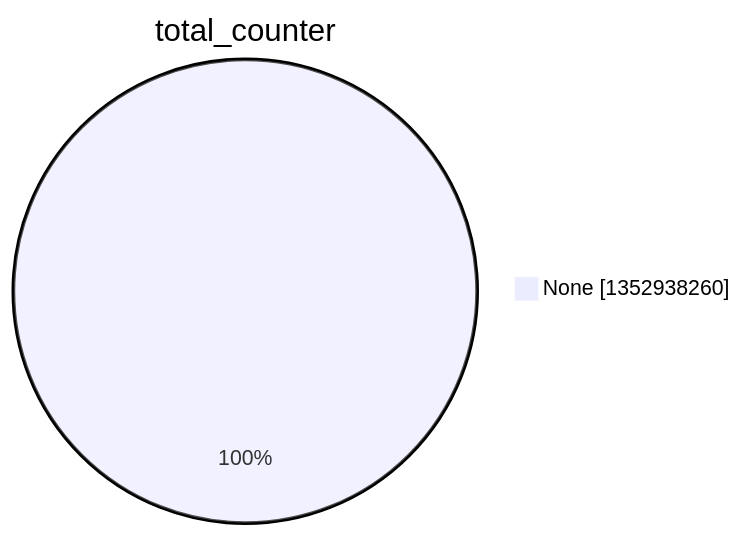
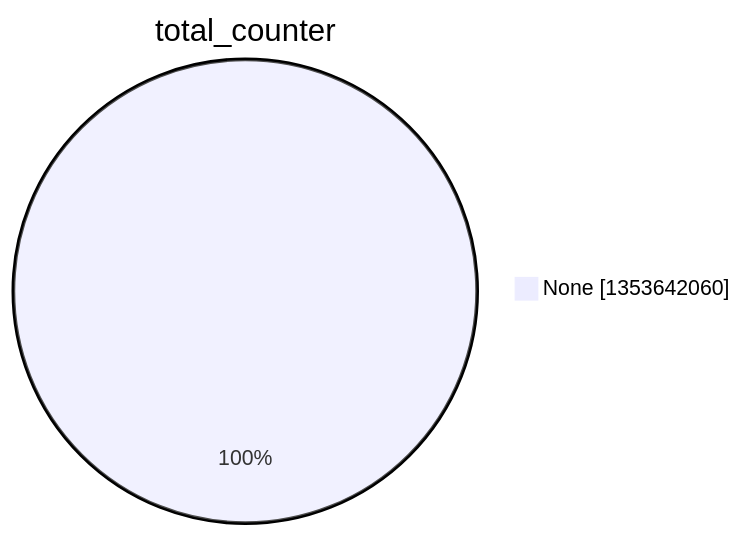
The second of 15 diagrams in argon2022/README.md (christiankrug/ctmonitor_visualization), drawn with Mermaid before and after one commit. The commit also changed other lines of this file, not shown here.

````diff
--- a/argon2022/README.md
+++ b/argon2022/README.md
@@ -9,5 +9,5 @@
 ```mermaid
 pie showData
 title total_counter
-"None" :1352938260
+"None" :1353642060
 ```
````
